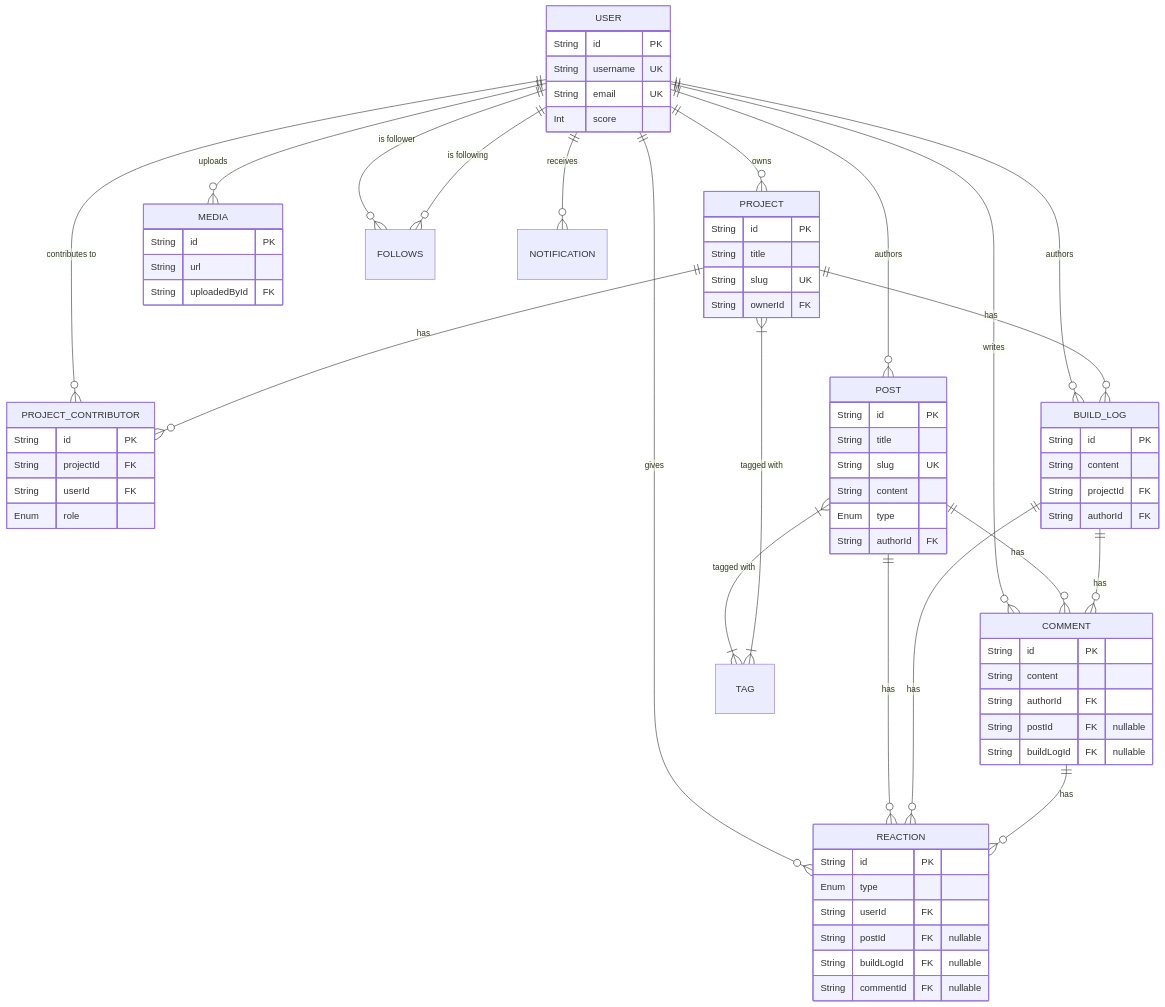
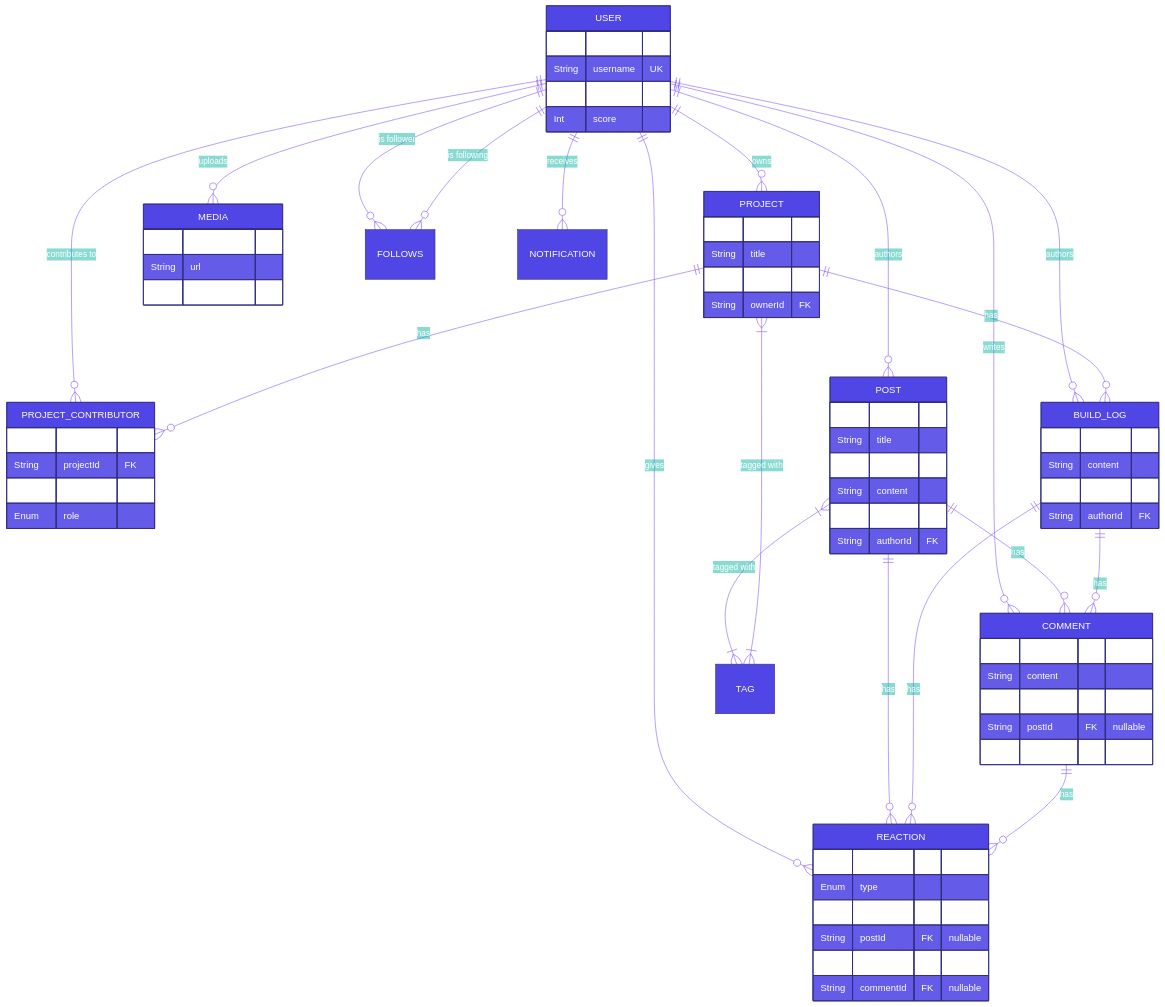
Before and after one commit to miteshanshu/DevForge: the diagram in docs/database/database_design.md, drawn with Mermaid. The commit also changed 2 other files, not shown here.

Commit message:
docs: add colorful themes to all mermaid diagrams

````diff
--- a/docs/database/database_design.md
+++ b/docs/database/database_design.md
@@ -17,4 +17,15 @@
 ```mermaid
+%%{init: {
+  "theme": "base",
+  "themeVariables": {
+    "primaryColor": "#4f46e5",
+    "primaryTextColor": "#ffffff",
+    "primaryBorderColor": "#312e81",
+    "lineColor": "#8b5cf6",
+    "secondaryColor": "#ec4899",
+    "tertiaryColor": "#14b8a6"
+  }
+}}%%
 erDiagram
     USER {
         String id PK
````
